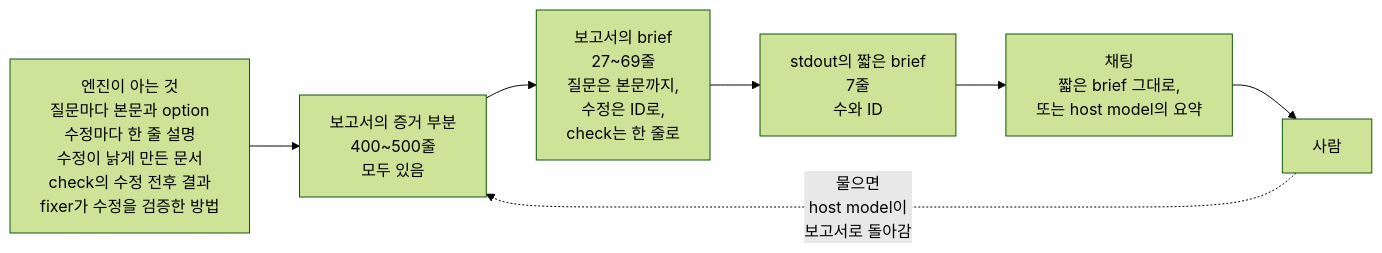
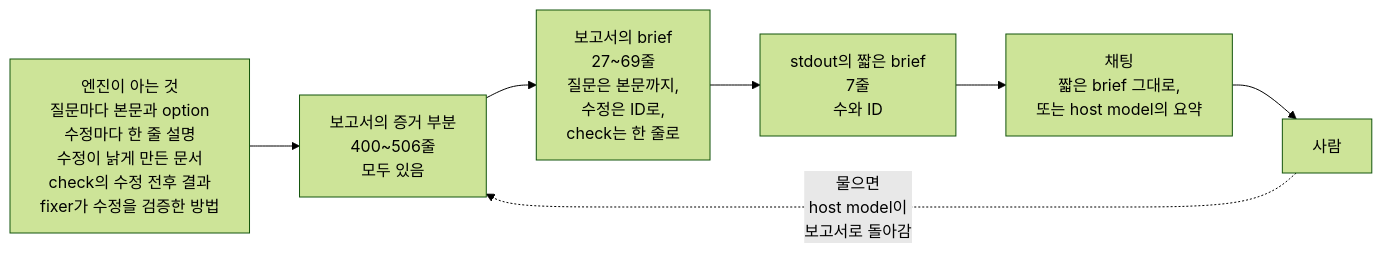
One commit to josephjang/deep-review changed the diagram in docs/reports/2026-10-23-skill-ux.ko.md. Above: the diagram before and after it, drawn with Mermaid (forest theme). The commit also changed other lines of this file and 1 other file, not shown here.

Commit message:
docs(reports): Give one length range and each class in both languages
The summary and figure 1 gave the length of a report as 400 to 500
lines, while U7 gave 400 to 506, the measured range. Both now say 400
to 506. The English list of ways to improve now names the class of
items 4 to 7, as the Korean translation already did. No behavior
changes.

````diff
--- a/docs/reports/2026-10-23-skill-ux.ko.md
+++ b/docs/reports/2026-10-23-skill-ux.ko.md
@@ -67,11 +67,11 @@
 ```mermaid
 flowchart LR
     E["엔진이 아는 것<br/>질문마다 본문과 option<br/>수정마다 한 줄 설명<br/>수정이 낡게 만든 문서<br/>check의 수정 전후 결과<br/>fixer가 수정을 검증한 방법"]
-    R["보고서의 증거 부분<br/>400~500줄<br/>모두 있음"]
+    R["보고서의 증거 부분<br/>400~506줄<br/>모두 있음"]
     B["보고서의 brief<br/>27~69줄<br/>질문은 본문까지,<br/>수정은 ID로,<br/>check는 한 줄로"]
     S["stdout의 짧은 brief<br/>7줄<br/>수와 ID"]
     C["채팅<br/>짧은 brief 그대로,<br/>또는 host model의 요약"]
     P["사람"]
     E --> R --> B --> S --> C --> P
     P -. "물으면<br/>host model이<br/>보고서로 돌아감" .-> R
 ```
````
